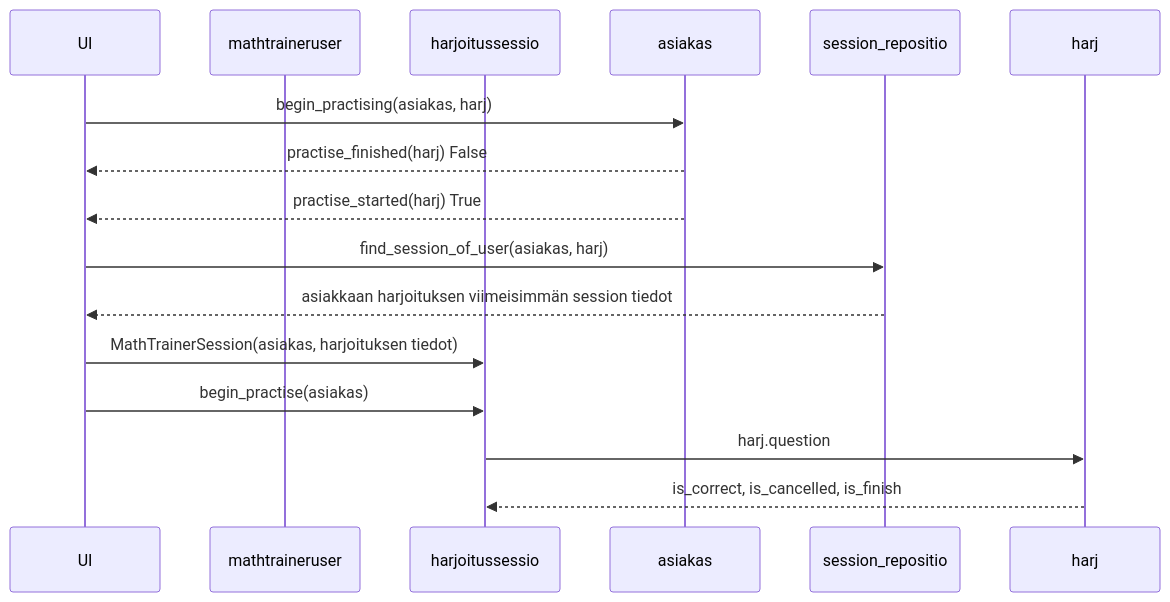
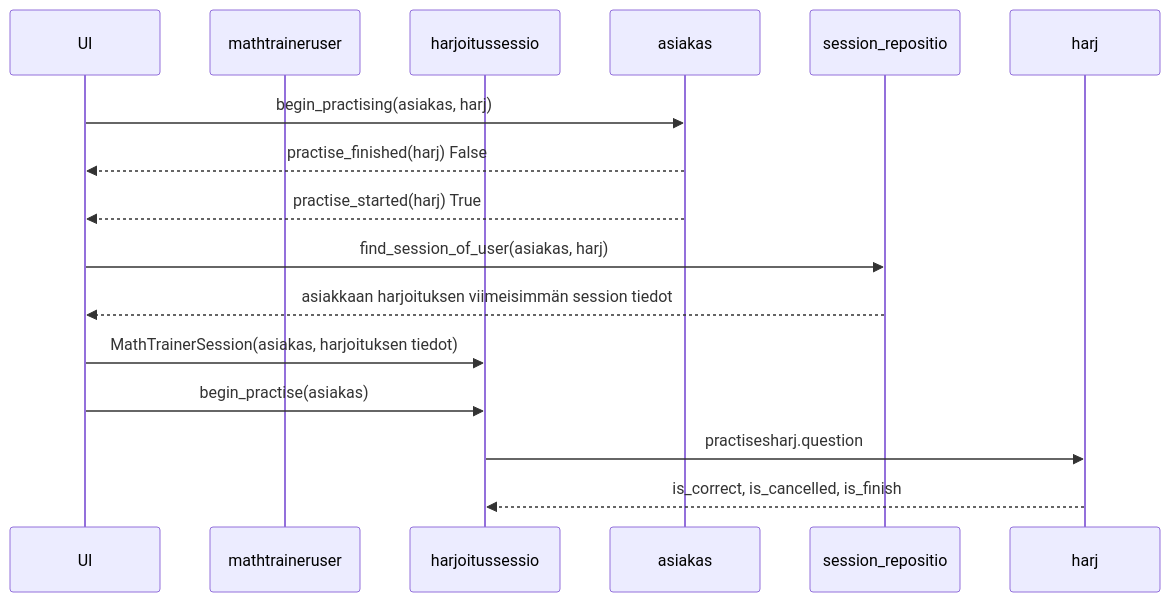
One commit to arskav/ot-harjoitustyo changed the diagram in mathtrainer/dokumentaatio/arkkitehtuuri.md. Above: the diagram before and after it, drawn with Mermaid. The commit also changed other lines of this file, not shown here.

````diff
--- a/mathtrainer/dokumentaatio/arkkitehtuuri.md
+++ b/mathtrainer/dokumentaatio/arkkitehtuuri.md
@@ -8,15 +8,15 @@
 ```mermaid
     sequenceDiagram
     participant UI
     participant mathtraineruser
     participant harjoitussessio   
     UI ->> asiakas: begin_practising(asiakas, harj)
     asiakas -->> UI: practise_finished(harj) False
     asiakas -->> UI: practise_started(harj) True
     UI ->> session_repositio: find_session_of_user(asiakas, harj)
     session_repositio -->> UI: asiakkaan harjoituksen viimeisimmän session tiedot 
     UI ->> harjoitussessio: MathTrainerSession(asiakas, harjoituksen tiedot)
     UI ->> harjoitussessio: begin_practise(asiakas)
-    harjoitussessio ->> harj: harj.question
+    harjoitussessio ->> harj: practisesharj.question
     harj -->> harjoitussessio: is_correct, is_cancelled, is_finish
 ```
````
